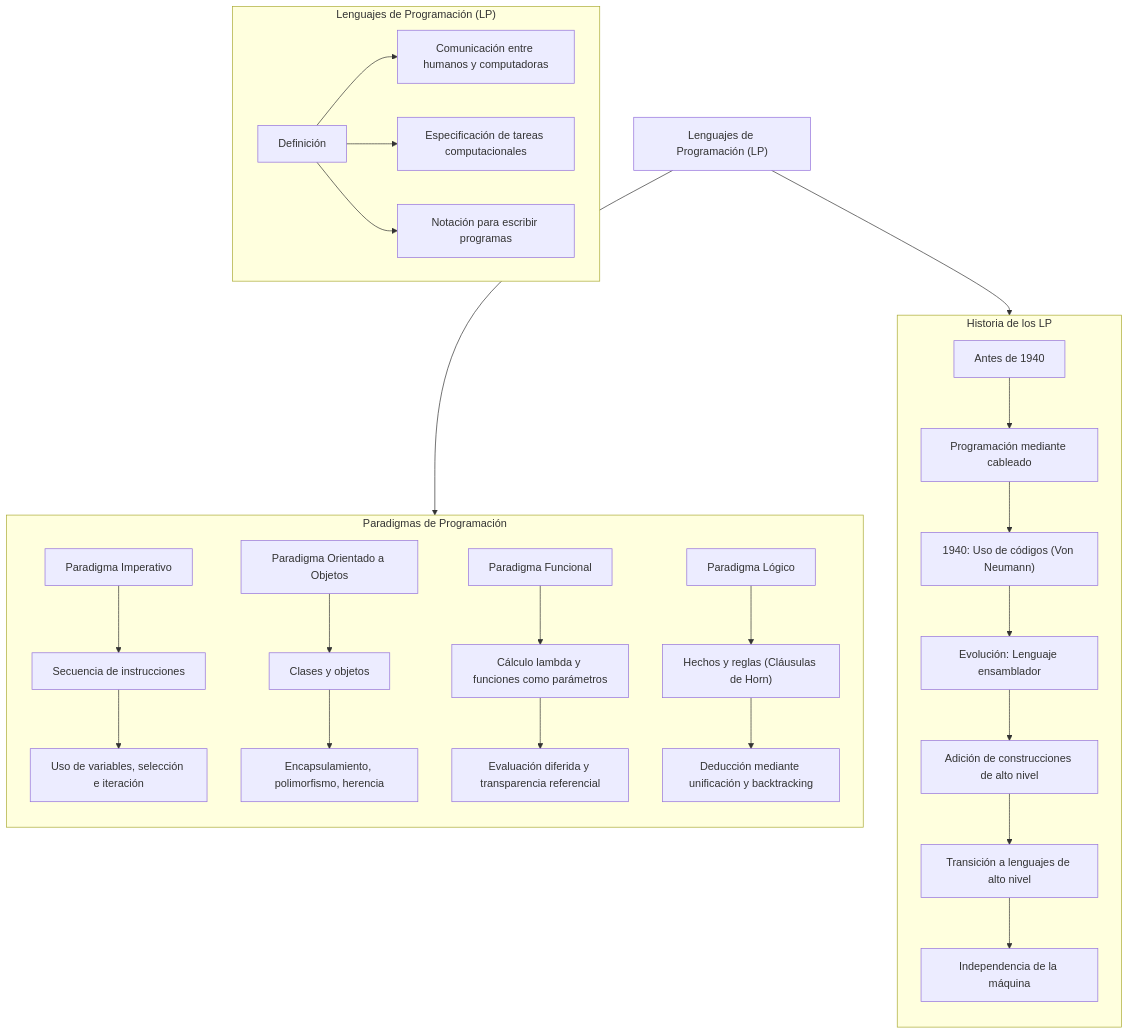
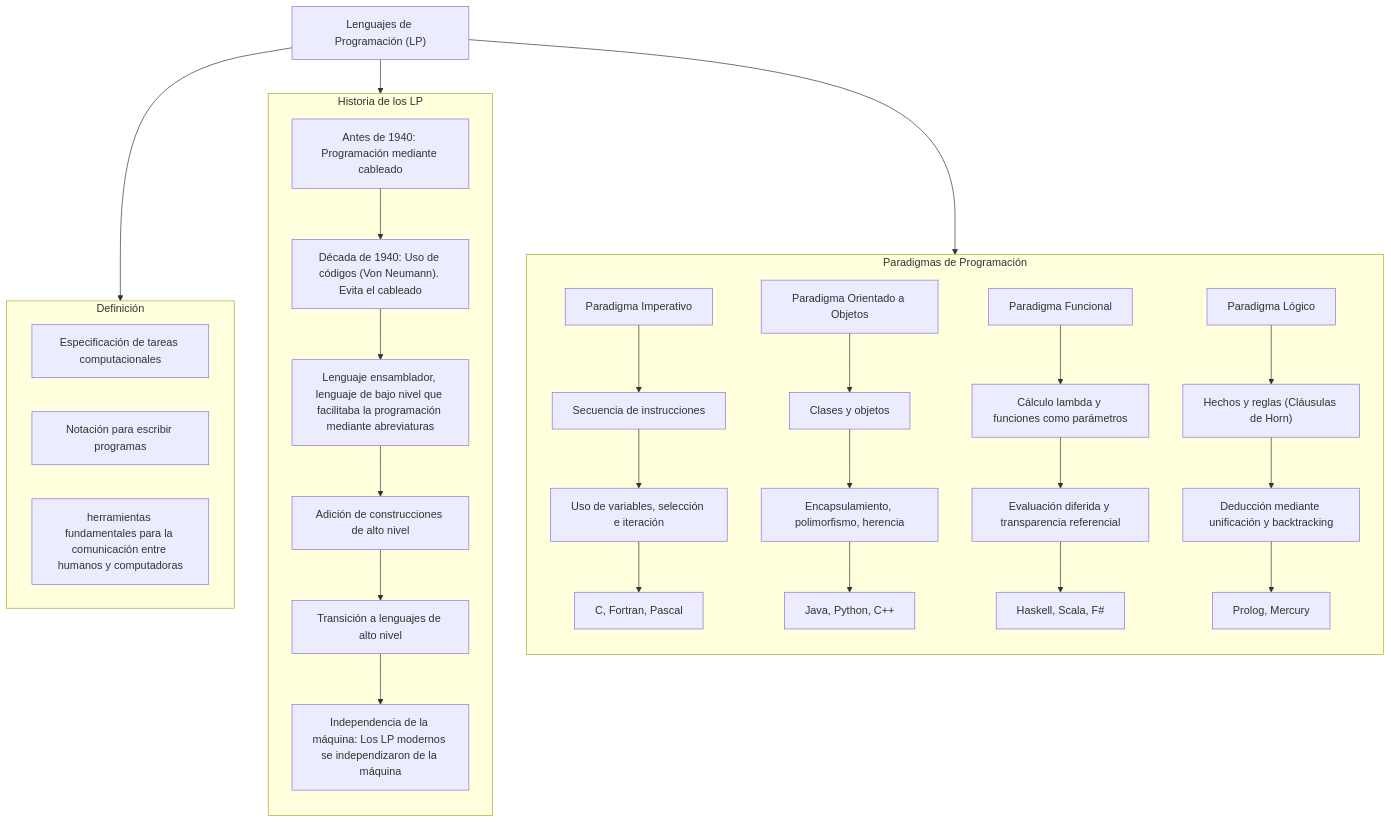
Before and after one commit to AgusCuevas/Caracteristicas_Lenguajes_Programacion: the diagram in Clase1.md, drawn with Mermaid.

````diff
--- a/Clase1.md
+++ b/Clase1.md
@@ -1,37 +1,39 @@
 ```mermaid
-    graph TD
-    subgraph "Lenguajes de Programación (LP)"
+flowchart TD
+    subgraph DEF["Definición"]
         direction LR
-        A["Definición"] --> B["Comunicación entre humanos y computadoras"]
-        A --> C["Especificación de tareas computacionales"]
-        A --> D["Notación para escribir programas"]
+        C["Especificación de tareas computacionales"]
+        D["Notación para escribir programas"]
+        E["herramientas fundamentales para la comunicación entre humanos y computadoras"]
+    end
+    
+    subgraph HLP["Historia de los LP"]
+        direction TB
+        H1["Antes de 1940: Programación mediante cableado"] 
+        H1 --> H3["Década de 1940: Uso de códigos (Von Neumann). Evita el cableado"]
+        H3 --> H4["Lenguaje ensamblador, lenguaje de bajo nivel que facilitaba la programación mediante abreviaturas "]
+        H4 --> H5["Adición de construcciones de alto nivel"]
+        H5 --> H6["Transición a lenguajes de alto nivel"]
+        H6 --> H7["Independencia de la máquina: Los LP modernos se independizaron de la máquina"]
     end
 
-    subgraph "Historia de los LP"
+    subgraph PDP["Paradigmas de Programación"]
         direction TB
-        H1["Antes de 1940"] --> H2["Programación mediante cableado"]
-        H2 --> H3["1940: Uso de códigos (Von Neumann)"]
-        H3 --> H4["Evolución: Lenguaje ensamblador"]
-        H4 --> H5["Adición de construcciones de alto nivel"]
-        H5 --> H6["Transición a lenguajes de alto nivel"]
-        H6 --> H7["Independencia de la máquina"]
+        P1["Paradigma Imperativo"] --> PI1["Secuencia de instrucciones"]
+        PI1 --> PI2["Uso de variables, selección e iteración"] --> PI3["C, Fortran, Pascal"]
+
+        P2["Paradigma Orientado a Objetos"] --> POO1["Clases y objetos"]
+        POO1 --> POO2["Encapsulamiento, polimorfismo, herencia"] --> POO3["Java, Python, C++"]
+
+        P3["Paradigma Funcional"] --> PF1["Cálculo lambda y funciones como parámetros"]
+        PF1 --> PF2["Evaluación diferida y transparencia referencial"] --> PF3["Haskell, Scala, F#"]
+
+        P4["Paradigma Lógico"] --> PL1["Hechos y reglas (Cláusulas de Horn)"]
+        PL1 --> PL2["Deducción mediante unificación y backtracking"] --> PL3["Prolog, Mercury"]
     end
 
-    subgraph "Paradigmas de Programación"
-        direction TB
-        P1["Paradigma Imperativo"] --> PI1["Secuencia de instrucciones"]
-        PI1 --> PI2["Uso de variables, selección e iteración"]
+    LP["Lenguajes de Programación (LP)"] --> DEF
+    LP --> HLP
+    LP --> PDP
 
-        P2["Paradigma Orientado a Objetos"] --> POO1["Clases y objetos"]
-        POO1 --> POO2["Encapsulamiento, polimorfismo, herencia"]
-
-        P3["Paradigma Funcional"] --> PF1["Cálculo lambda y funciones como parámetros"]
-        PF1 --> PF2["Evaluación diferida y transparencia referencial"]
-
-        P4["Paradigma Lógico"] --> PL1["Hechos y reglas (Cláusulas de Horn)"]
-        PL1 --> PL2["Deducción mediante unificación y backtracking"]
-    end
-
-    LP["Lenguajes de Programación (LP)"] --> H1
-    LP --> P1
 ```
````
